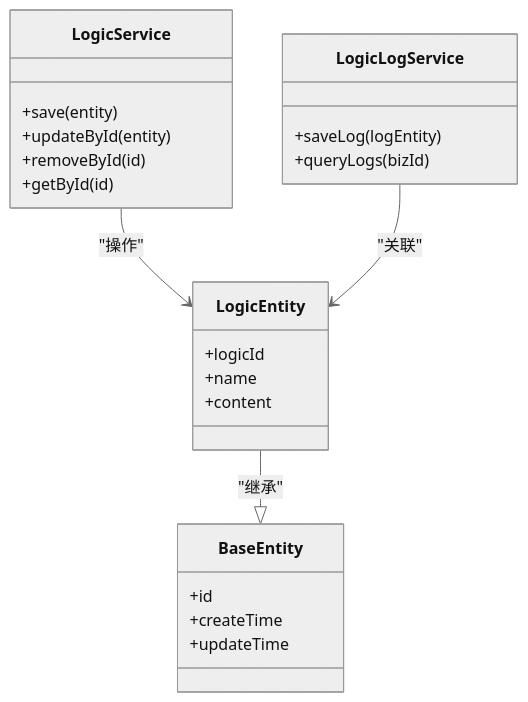
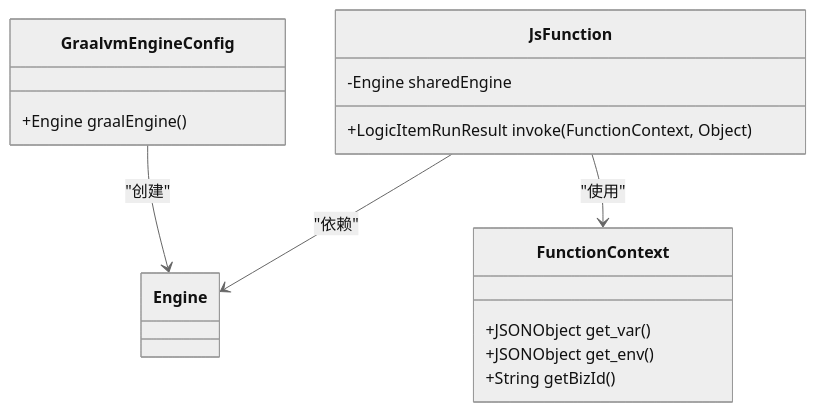
Before and after one commit to lk-keep-fighting/logic-solution: the first of 4 diagrams in .qoder/repowiki/zh/content/技术栈与依赖.md, drawn with Mermaid (neutral theme). The commit also changed other lines of this file and 104 other files, not shown here.

````diff
--- a/.qoder/repowiki/zh/content/技术栈与依赖.md
+++ b/.qoder/repowiki/zh/content/技术栈与依赖.md
@@ -65,26 +46,18 @@
 ```mermaid
 classDiagram
-class LogicService {
-+save(entity)
-+updateById(entity)
-+removeById(id)
-+getById(id)
+class GraalvmEngineConfig {
++Engine graalEngine()
 }
-class LogicLogService {
-+saveLog(logEntity)
-+queryLogs(bizId)
+class JsFunction {
+-Engine sharedEngine
++LogicItemRunResult invoke(FunctionContext, Object)
 }
-class BaseEntity {
-+id
-+createTime
-+updateTime
+class FunctionContext {
++JSONObject get_var()
++JSONObject get_env()
++String getBizId()
 }
-class LogicEntity {
-+logicId
-+name
-+content
-}
-LogicService --> LogicEntity : "操作"
-LogicLogService --> LogicEntity : "关联"
-LogicEntity --|> BaseEntity : "继承"
+GraalvmEngineConfig --> Engine : "创建"
+JsFunction --> Engine : "依赖"
+JsFunction --> FunctionContext : "使用"
 ```
````
